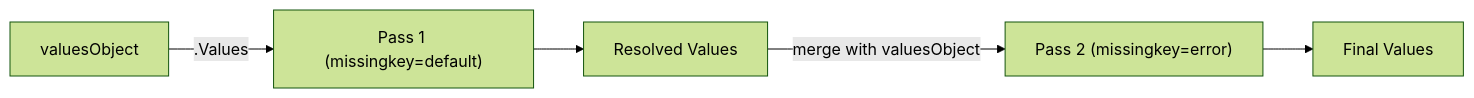
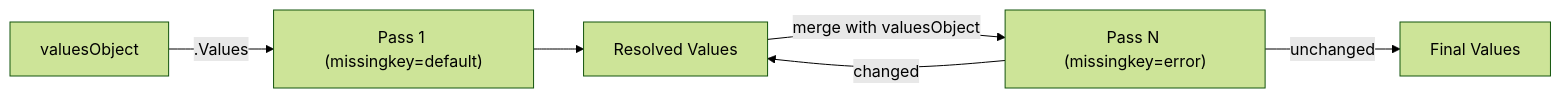
One commit to lansweeper-oss/helm-dryer changed the fourth of 4 diagrams in README.md. Above: the diagram before and after it, drawn with Mermaid (forest theme). The commit also changed other lines of this file and 7 other files, not shown here.

````diff
--- a/README.md
+++ b/README.md
@@ -713,7 +714,8 @@
 ```mermaid
 graph LR
   A[valuesObject] --> |".Values"| B["Pass 1 (missingkey=default)"]
   B --> C[Resolved Values]
-  C --> |merge with valuesObject| D["Pass 2 (missingkey=error)"]
-  D --> E[Final Values]
+  C --> |merge with valuesObject| D["Pass N (missingkey=error)"]
+  D --> |changed| C
+  D --> |unchanged| E[Final Values]
 ```
````
